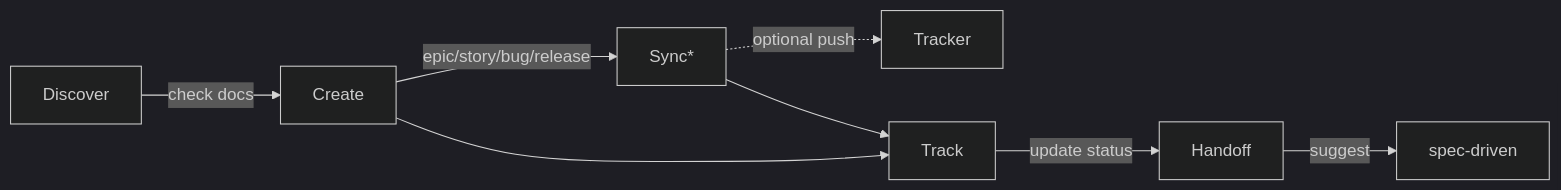
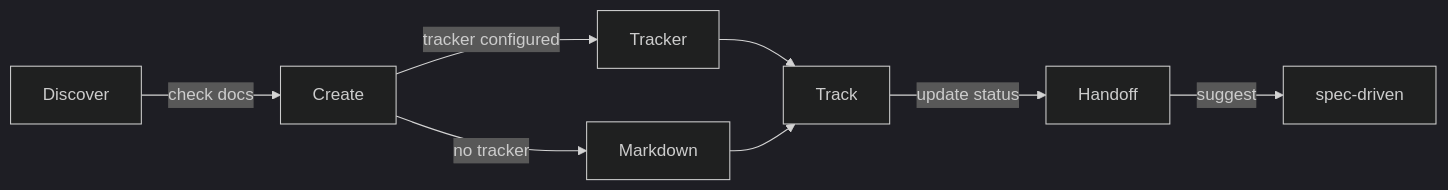
The diagram in skills/(product)/epic-tracker/README.md (adeonir/agent-skills), drawn with Mermaid (dark theme) before and after one commit. The commit also changed other lines of this file and 13 other files, not shown here.

First line of the commit message:
feat: add issue artifact type and tracker-first creation to epic-tracker

````diff
--- a/skills/(product)/epic-tracker/README.md
+++ b/skills/(product)/epic-tracker/README.md
@@ -13,10 +13,10 @@
 ```mermaid
 flowchart LR
     D[Discover] -->|check docs| C[Create]
-    C -->|epic/story/bug/release| S[Sync*]
-    S -.->|optional push| TR[Tracker]
-    C --> T[Track]
-    S --> T
+    C -->|tracker configured| TR[Tracker]
+    C -->|no tracker| MD[Markdown]
+    TR --> T[Track]
+    MD --> T
     T -->|update status| H[Handoff]
     H -->|suggest| SD[spec-driven]
 ```
````
